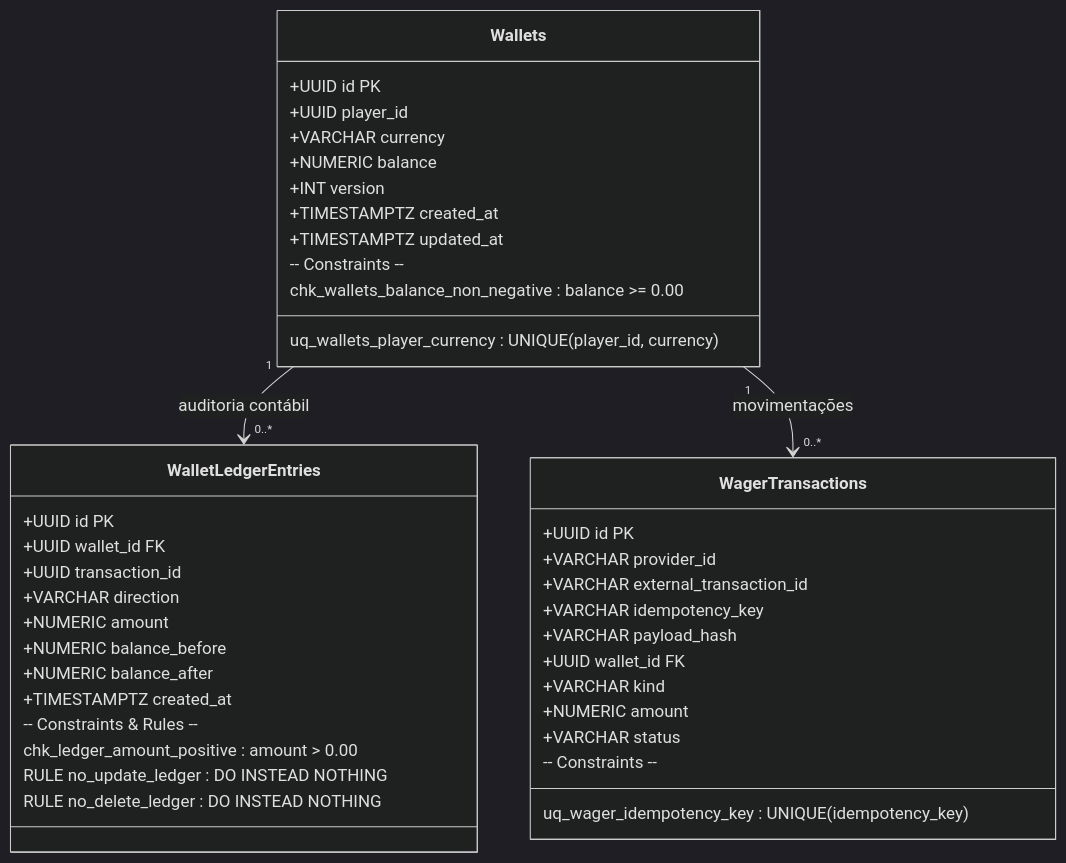
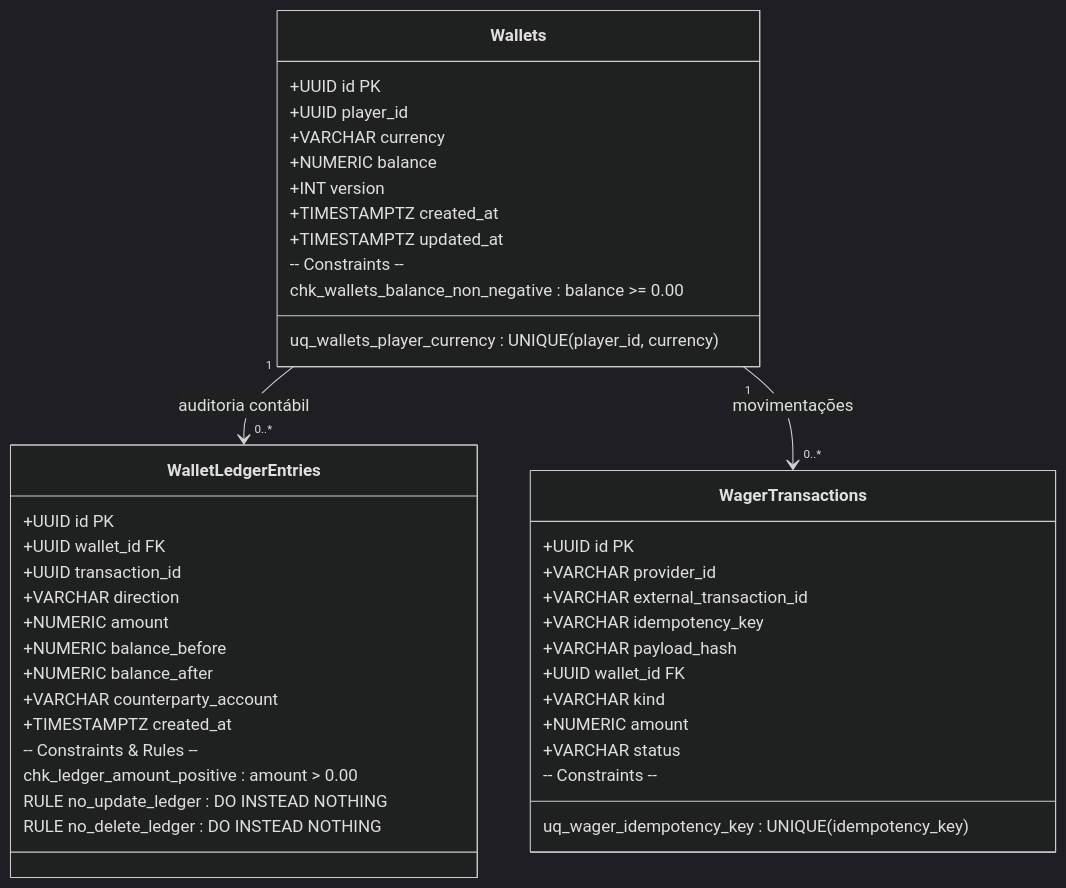
The fourth of 5 diagrams in docs/SYSTEM_DESIGN.md (LuizPiresS/distributed-wagering-processor), drawn with Mermaid (dark theme) before and after one commit. The commit also changed other lines of this file, not shown here.

Commit message:
docs(system-design): update architecture specification with double-entry ledger, benchmarks, and chaos defense

````diff
--- a/docs/SYSTEM_DESIGN.md
+++ b/docs/SYSTEM_DESIGN.md
@@ -211,47 +217,48 @@
 ```mermaid
 classDiagram
     class Wallets {
         +UUID id PK
         +UUID player_id
         +VARCHAR currency
         +NUMERIC balance
         +INT version
         +TIMESTAMPTZ created_at
         +TIMESTAMPTZ updated_at
         -- Constraints --
         chk_wallets_balance_non_negative : balance >= 0.00
         uq_wallets_player_currency : UNIQUE(player_id, currency)
     }
 
     class WalletLedgerEntries {
         +UUID id PK
         +UUID wallet_id FK
         +UUID transaction_id
         +VARCHAR direction
         +NUMERIC amount
         +NUMERIC balance_before
         +NUMERIC balance_after
+        +VARCHAR counterparty_account
         +TIMESTAMPTZ created_at
         -- Constraints & Rules --
         chk_ledger_amount_positive : amount > 0.00
         RULE no_update_ledger : DO INSTEAD NOTHING
         RULE no_delete_ledger : DO INSTEAD NOTHING
     }
 
     class WagerTransactions {
         +UUID id PK
         +VARCHAR provider_id
         +VARCHAR external_transaction_id
         +VARCHAR idempotency_key
         +VARCHAR payload_hash
         +UUID wallet_id FK
         +VARCHAR kind
         +NUMERIC amount
         +VARCHAR status
         -- Constraints --
         uq_wager_idempotency_key : UNIQUE(idempotency_key)
     }
 
     Wallets "1" --> "0..*" WalletLedgerEntries : auditoria contábil
     Wallets "1" --> "0..*" WagerTransactions : movimentações
 ```
````
